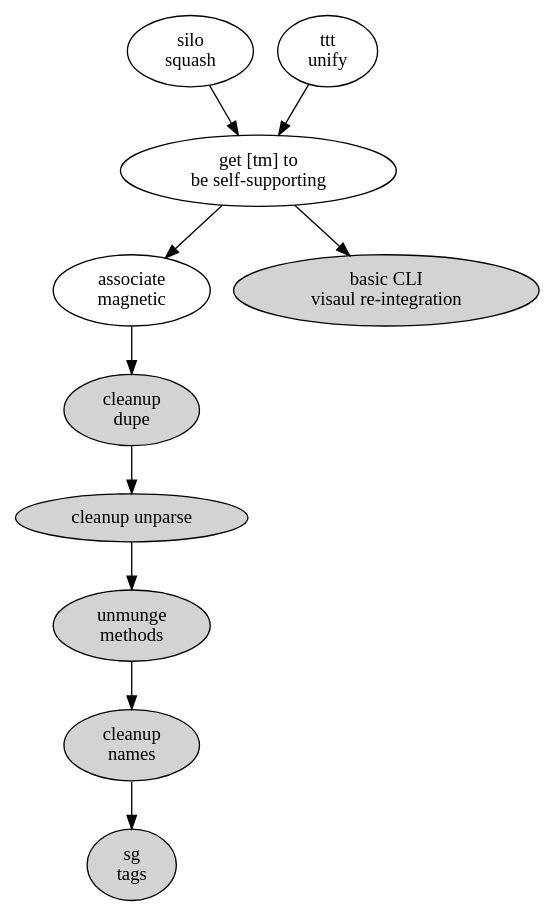
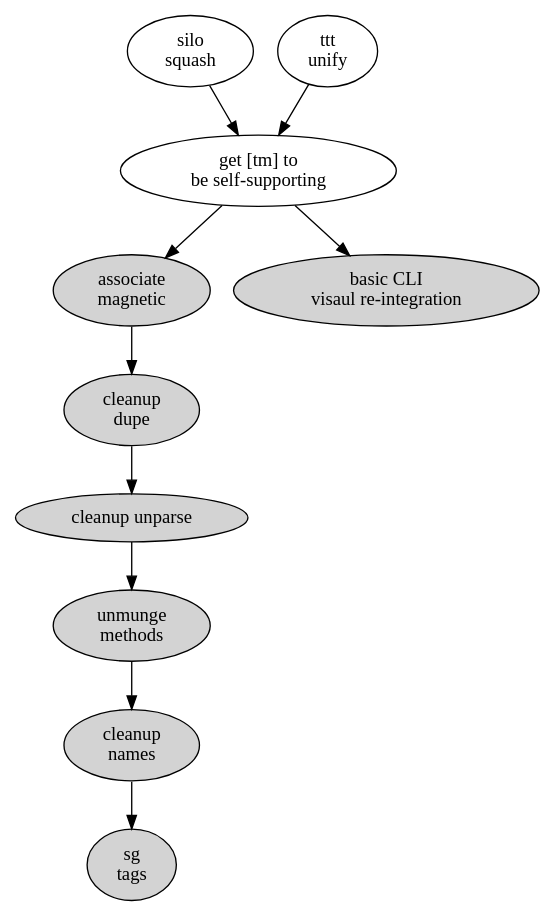
One commit to hipe/tmx changed the diagram in lib/skylab/tan-man/doc/the-big-picture-of-now.dot. Above: the diagram before and after it, drawn with Graphviz. The commit also changed 15 other files, not shown here.

```diff
--- a/lib/skylab/tan-man/doc/the-big-picture-of-now.dot
+++ b/lib/skylab/tan-man/doc/the-big-picture-of-now.dot
@@ -1,26 +1,26 @@
 digraph{
 
-  am [ label="associate\nmagnetic" ]
+  am [ label="associate\nmagnetic" style=filled ]
   cd [ label="cleanup\ndupe" style=filled ]
   cv [ label="basic CLI\nvisaul re-integration" style=filled ]
   cn [ label="cleanup\nnames" style=filled ]
   si [ label="silo\nsquash" ]
   ss [ label="get [tm] to\nbe self-supporting" ]
   st [ label="sg\ntags" style=filled ]
   tu [ label="ttt\nunify" ]
   um [ label="unmunge\nmethods" style=filled ]
   up [ label="cleanup unparse" style=filled ]
 
   am -> cd
   cd -> up
   cn -> st
   si -> ss
   ss -> cv
   ss -> am
   tu -> ss
   um -> cn
   up -> um
 
   # that one color of blue: fillcolor="#b5d5fb" style=filled
 
 }
```
